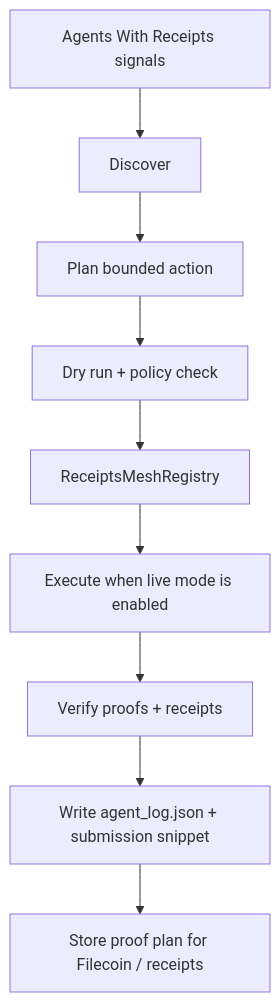
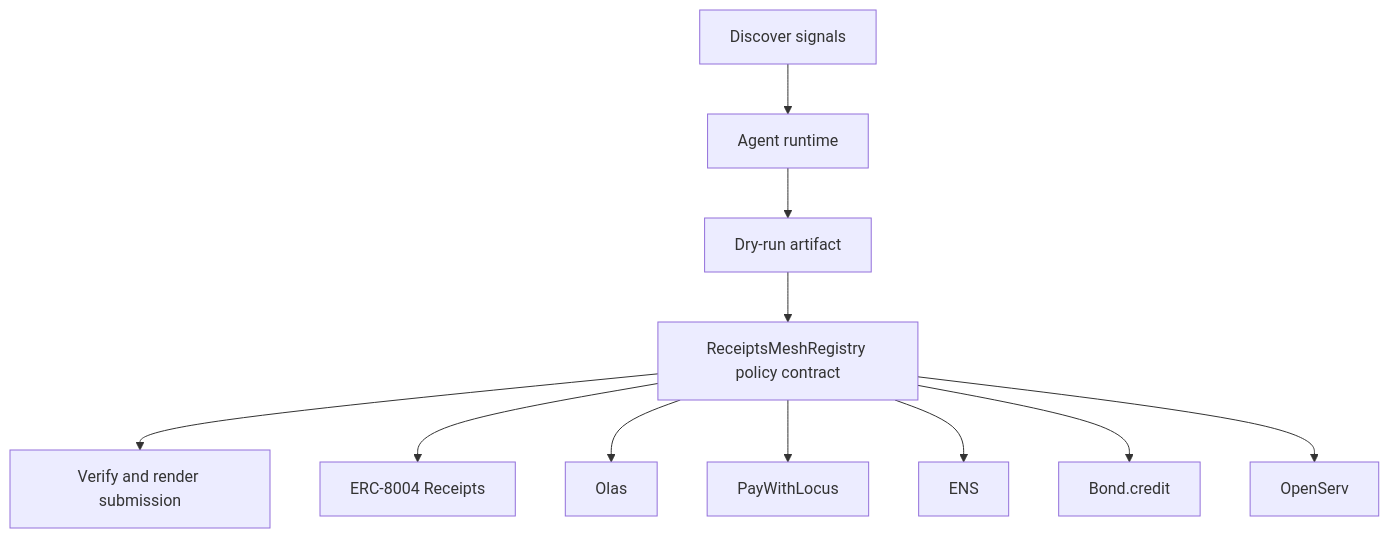
One commit to CrystallineButterfly/Synthesis-ERC8004-Receipts changed the diagram in README.md. Above: the diagram before and after it, drawn with Mermaid. The commit also changed other lines of this file and 998 other files, not shown here.

Commit message:
Implement bounded agent runtime

````diff
--- a/README.md
+++ b/README.md
@@ -30,11 +26,15 @@
-        ```mermaid
-        flowchart TD
-    Signals[Agents With Receipts signals] --> Discover[Discover]
-    Discover --> Plan[Plan bounded action]
-    Plan --> DryRun[Dry run + policy check]
-    DryRun --> Guard[ReceiptsMeshRegistry]
-    Guard --> Execute[Execute when live mode is enabled]
-    Execute --> Verify[Verify proofs + receipts]
-    Verify --> Persist[Write agent_log.json + submission snippet]
-    Persist --> Storage[Store proof plan for Filecoin / receipts]
-        ```
+```mermaid
+flowchart TD
+    Signals[Discover signals]
+    Planner[Agent runtime]
+    DryRun[Dry-run artifact]
+    Contract[ReceiptsMeshRegistry policy contract]
+    Verify[Verify and render submission]
+    Signals --> Planner --> DryRun --> Contract --> Verify
+    Contract --> erc_8004_receipts[ERC-8004 Receipts]
+    Contract --> olas[Olas]
+    Contract --> paywithlocus[PayWithLocus]
+    Contract --> ens[ENS]
+    Contract --> bond_credit[Bond.credit]
+    Contract --> openserv[OpenServ]
+```
````
